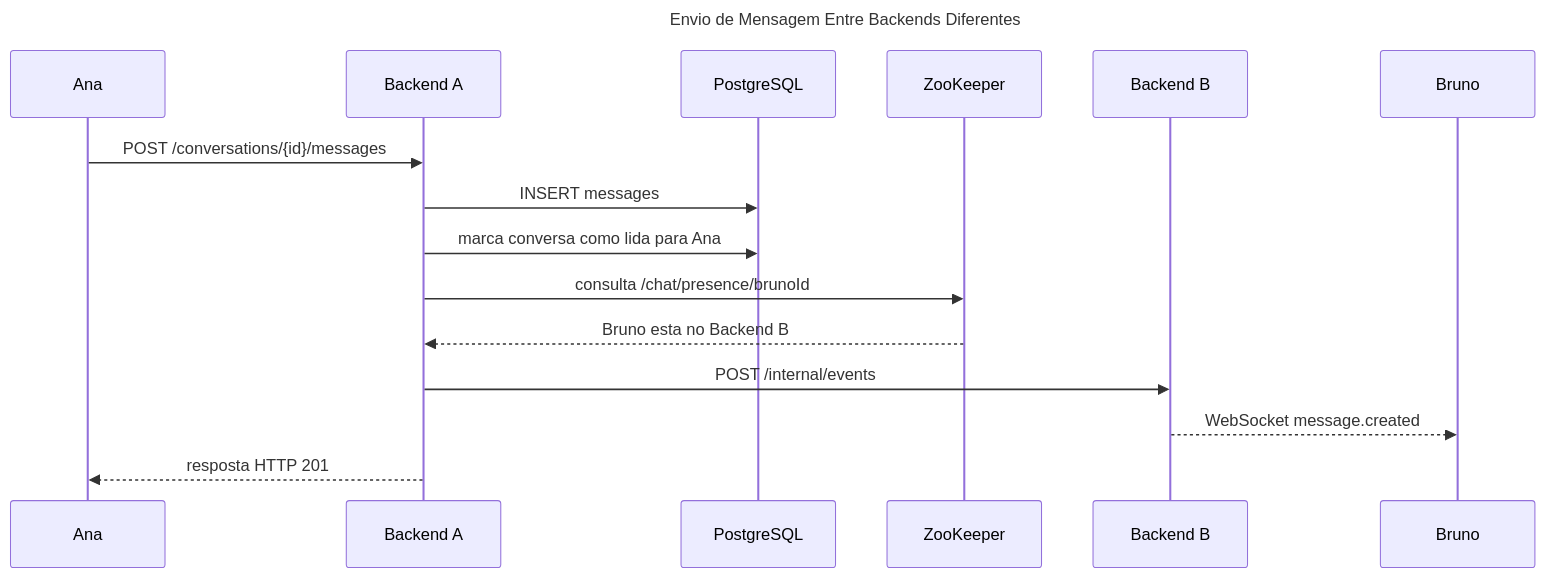
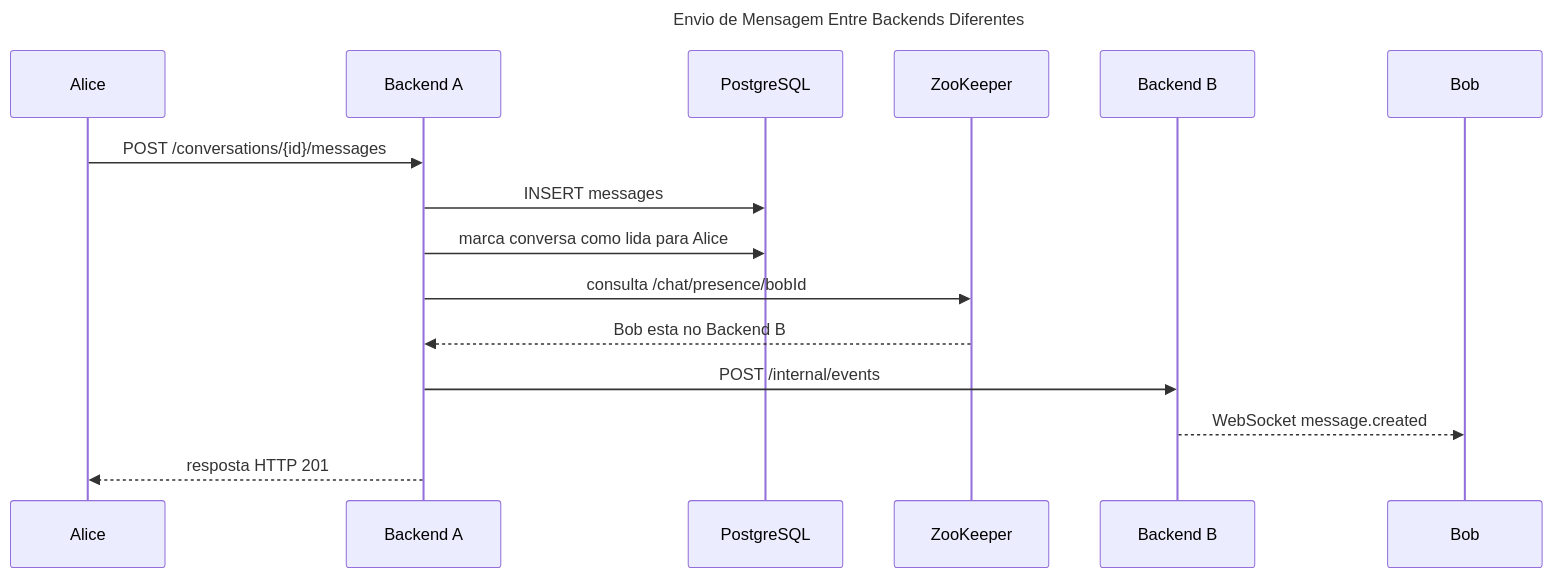
The sixth of 10 diagrams in docs/diagrams.md (jvmr1/chat-distribuido), drawn with Mermaid before and after one commit. The commit also changed other lines of this file and 7 other files, not shown here.

````diff
--- a/docs/diagrams.md
+++ b/docs/diagrams.md
@@ -159,21 +159,21 @@
 ```mermaid
 ---
 title: Envio de Mensagem Entre Backends Diferentes
 ---
 sequenceDiagram
-  participant Ana as Ana
+  participant Alice as Alice
   participant B1 as Backend A
   participant DB as PostgreSQL
   participant ZK as ZooKeeper
   participant B2 as Backend B
-  participant Bruno as Bruno
+  participant Bob as Bob
 
-  Ana->>B1: POST /conversations/{id}/messages
+  Alice->>B1: POST /conversations/{id}/messages
   B1->>DB: INSERT messages
-  B1->>DB: marca conversa como lida para Ana
-  B1->>ZK: consulta /chat/presence/brunoId
-  ZK-->>B1: Bruno esta no Backend B
+  B1->>DB: marca conversa como lida para Alice
+  B1->>ZK: consulta /chat/presence/bobId
+  ZK-->>B1: Bob esta no Backend B
   B1->>B2: POST /internal/events
-  B2-->>Bruno: WebSocket message.created
-  B1-->>Ana: resposta HTTP 201
+  B2-->>Bob: WebSocket message.created
+  B1-->>Alice: resposta HTTP 201
 ```
````
